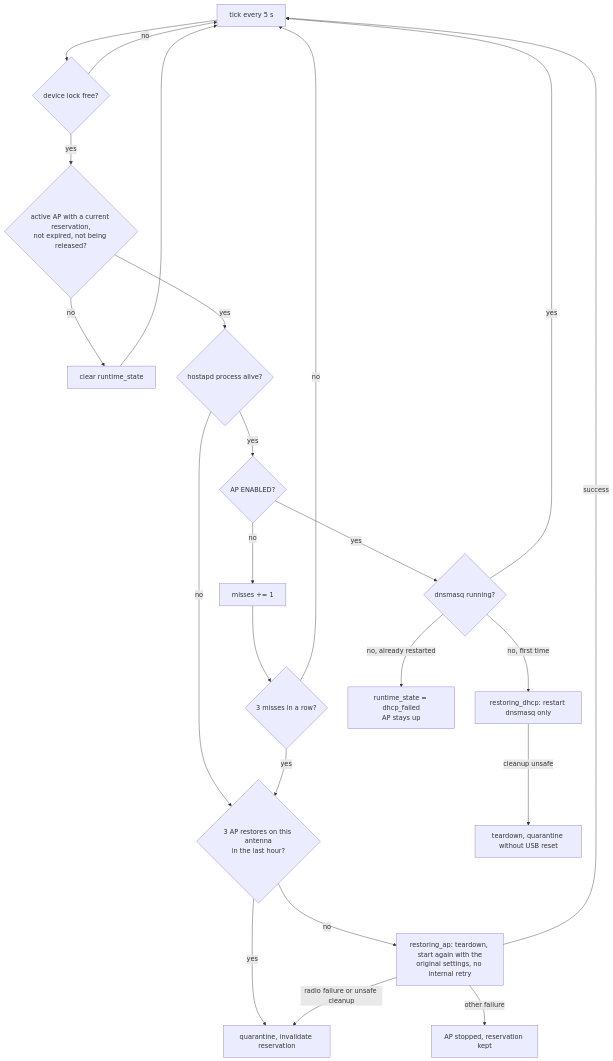
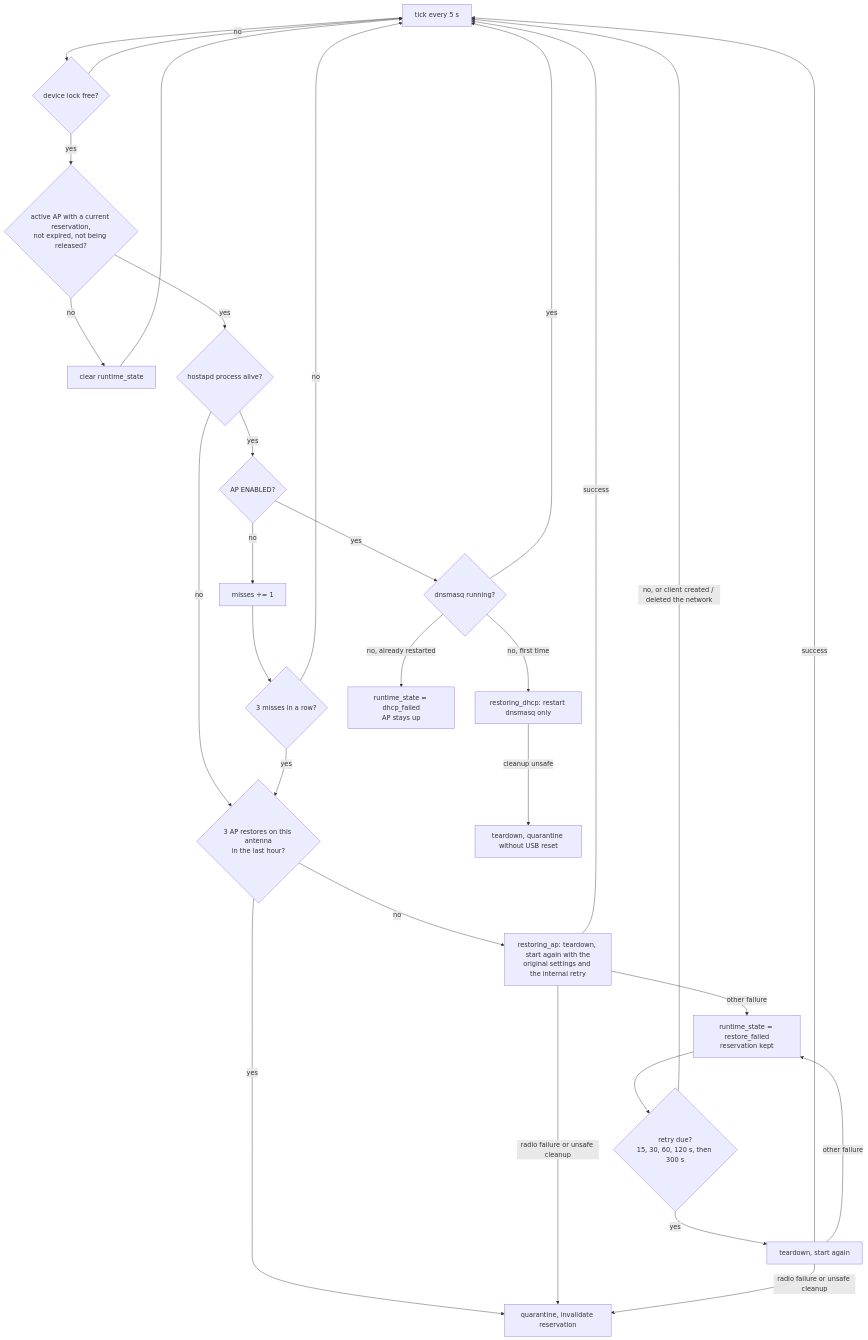
Before and after one commit to caporalesimone/wi-lab: diagram 11 of 14 in docs/architecture.md, drawn with Mermaid. The commit also changed other lines of this file and 14 other files, not shown here.

````diff
--- a/docs/architecture.md
+++ b/docs/architecture.md
@@ -584,24 +584,30 @@
 ```mermaid
 flowchart TD
     T["tick every 5 s"] --> L{"device lock free?"}
     L -->|no| T
     L -->|yes| A{"active AP with a current reservation,<br/>not expired, not being released?"}
     A -->|no| CLR["clear runtime_state"] --> T
     A -->|yes| P{"hostapd process alive?"}
     P -->|no| RA
     P -->|yes| E{"AP ENABLED?"}
     E -->|no| M["misses += 1"] --> M3{"3 misses in a row?"}
     M3 -->|no| T
     M3 -->|yes| RA
     E -->|yes| DH{"dnsmasq running?"}
     DH -->|yes| T
     DH -->|"no, first time"| RD["restoring_dhcp: restart dnsmasq only"]
     DH -->|"no, already restarted"| DF["runtime_state = dhcp_failed<br/>AP stays up"]
     RA{"3 AP restores on this antenna<br/>in the last hour?"}
-    RA -->|no| RS["restoring_ap: teardown, start again with the<br/>original settings, no internal retry"]
+    RA -->|no| RS["restoring_ap: teardown, start again with the<br/>original settings and the internal retry"]
     RA -->|yes| Q["quarantine, invalidate reservation"]
     RS -->|success| T
     RS -->|"radio failure or unsafe cleanup"| Q
-    RS -->|"other failure"| STOP["AP stopped, reservation kept"]
+    RS -->|"other failure"| RF["runtime_state = restore_failed<br/>reservation kept"]
+    RF --> RT{"retry due?<br/>15, 30, 60, 120 s, then 300 s"}
+    RT -->|"no, or client created / deleted the network"| T
+    RT -->|yes| RS2["teardown, start again"]
+    RS2 -->|success| T
+    RS2 -->|"other failure"| RF
+    RS2 -->|"radio failure or unsafe cleanup"| Q
     RD -->|"cleanup unsafe"| Q2["teardown, quarantine without USB reset"]
 ```
````
